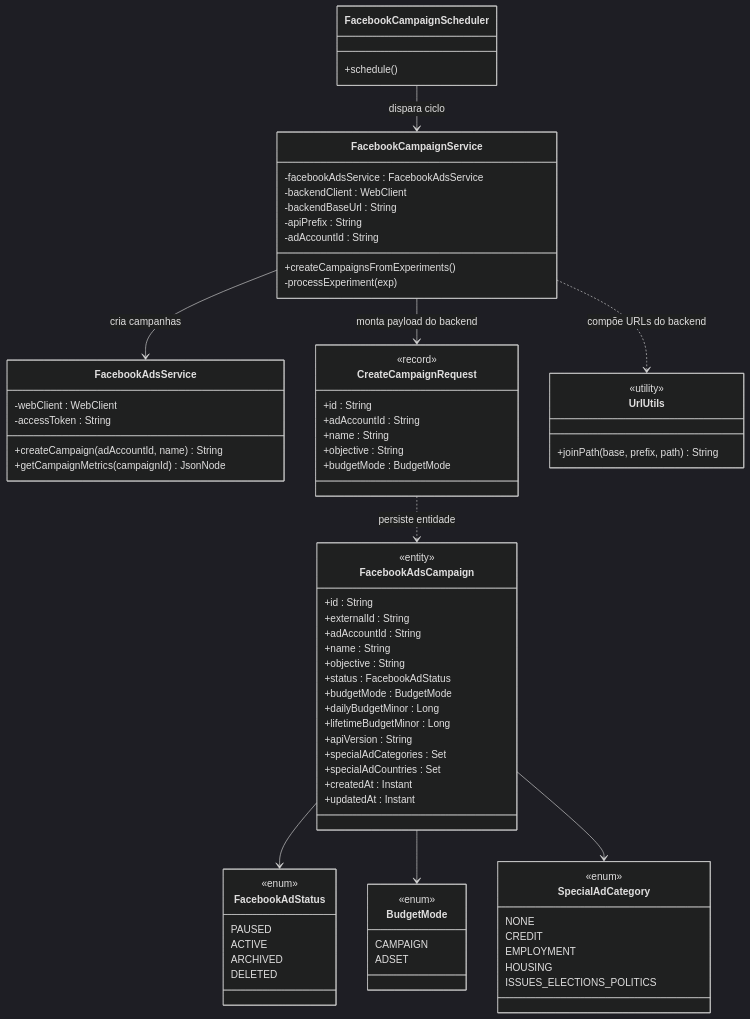
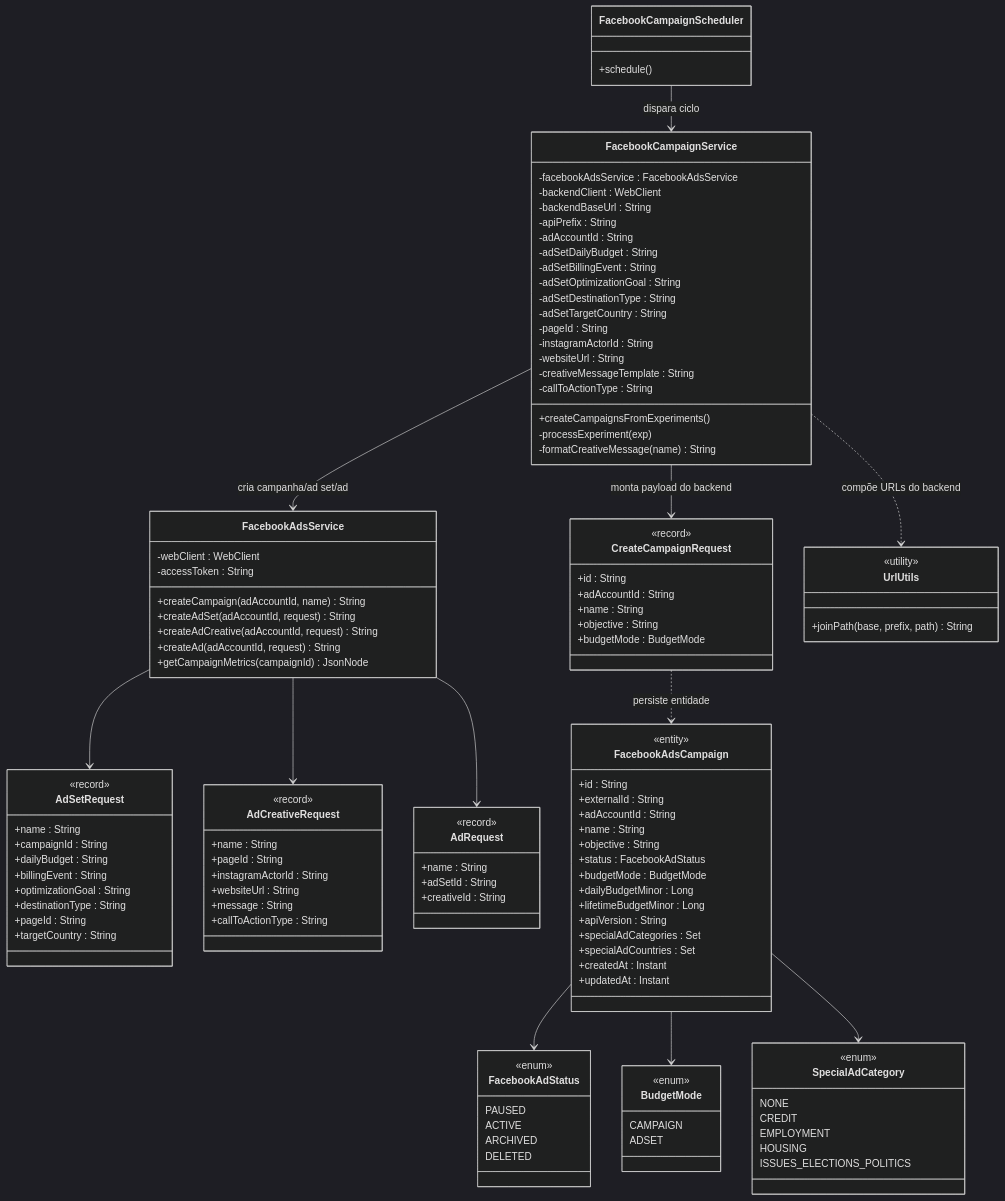
Before and after one commit to paulofor/marketing-hub: the diagram in docs/facebook-ads-worker/class-diagram.md, drawn with Mermaid (dark theme). The commit also changed other lines of this file and 9 other files, not shown here.

```diff
--- a/docs/facebook-ads-worker/class-diagram.md
+++ b/docs/facebook-ads-worker/class-diagram.md
@@ -17,15 +17,58 @@
         -backendBaseUrl : String
         -apiPrefix : String
         -adAccountId : String
+        -adSetDailyBudget : String
+        -adSetBillingEvent : String
+        -adSetOptimizationGoal : String
+        -adSetDestinationType : String
+        -adSetTargetCountry : String
+        -pageId : String
+        -instagramActorId : String
+        -websiteUrl : String
+        -creativeMessageTemplate : String
+        -callToActionType : String
         +createCampaignsFromExperiments()
         -processExperiment(exp)
+        -formatCreativeMessage(name) String
     }
 
     class FacebookAdsService {
         -webClient : WebClient
         -accessToken : String
         +createCampaign(adAccountId, name) String
+        +createAdSet(adAccountId, request) String
+        +createAdCreative(adAccountId, request) String
+        +createAd(adAccountId, request) String
         +getCampaignMetrics(campaignId) JsonNode
+    }
+
+    class AdSetRequest {
+        <<record>>
+        +name : String
+        +campaignId : String
+        +dailyBudget : String
+        +billingEvent : String
+        +optimizationGoal : String
+        +destinationType : String
+        +pageId : String
+        +targetCountry : String
+    }
+
+    class AdCreativeRequest {
+        <<record>>
+        +name : String
+        +pageId : String
+        +instagramActorId : String
+        +websiteUrl : String
+        +message : String
+        +callToActionType : String
+    }
+
+    class AdRequest {
+        <<record>>
+        +name : String
+        +adSetId : String
+        +creativeId : String
     }
 
     class CreateCampaignRequest {
@@ -84,7 +127,10 @@
     }
 
     FacebookCampaignScheduler --> FacebookCampaignService : dispara ciclo
-    FacebookCampaignService --> FacebookAdsService : cria campanhas
+    FacebookCampaignService --> FacebookAdsService : cria campanha/ad set/ad
+    FacebookAdsService --> AdSetRequest
+    FacebookAdsService --> AdCreativeRequest
+    FacebookAdsService --> AdRequest
     FacebookCampaignService --> CreateCampaignRequest : monta payload do backend
     CreateCampaignRequest ..> FacebookAdsCampaign : persiste entidade
     FacebookAdsCampaign --> FacebookAdStatus
```
